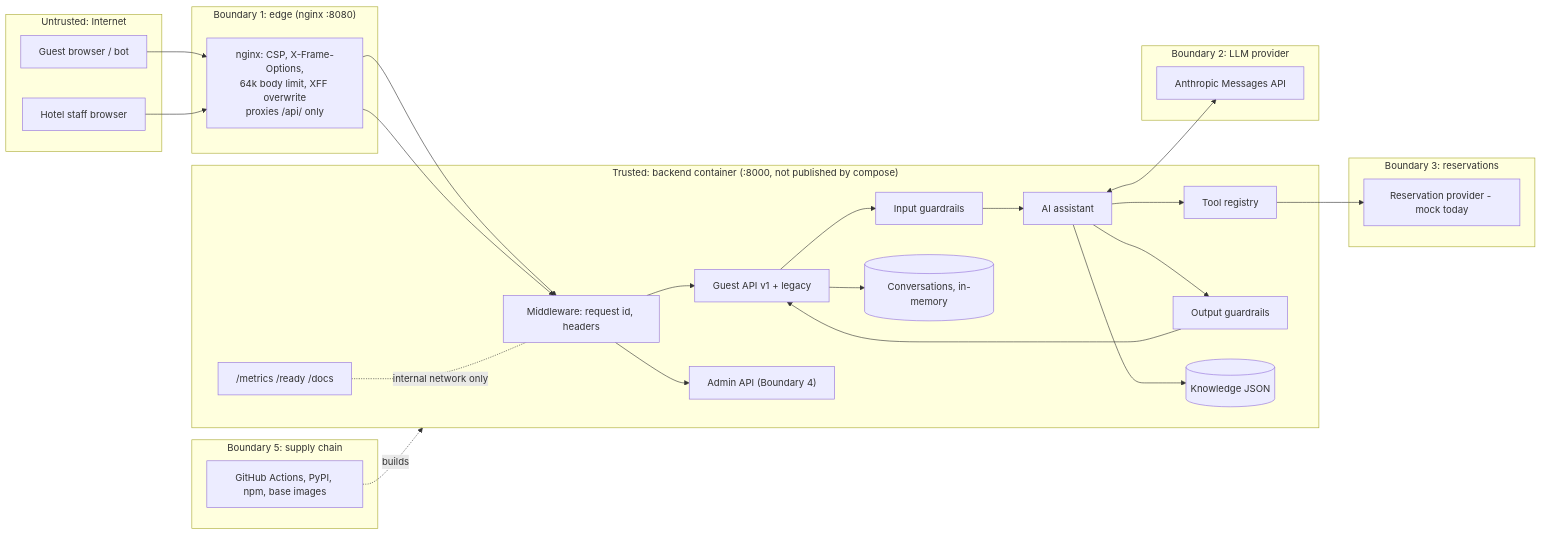
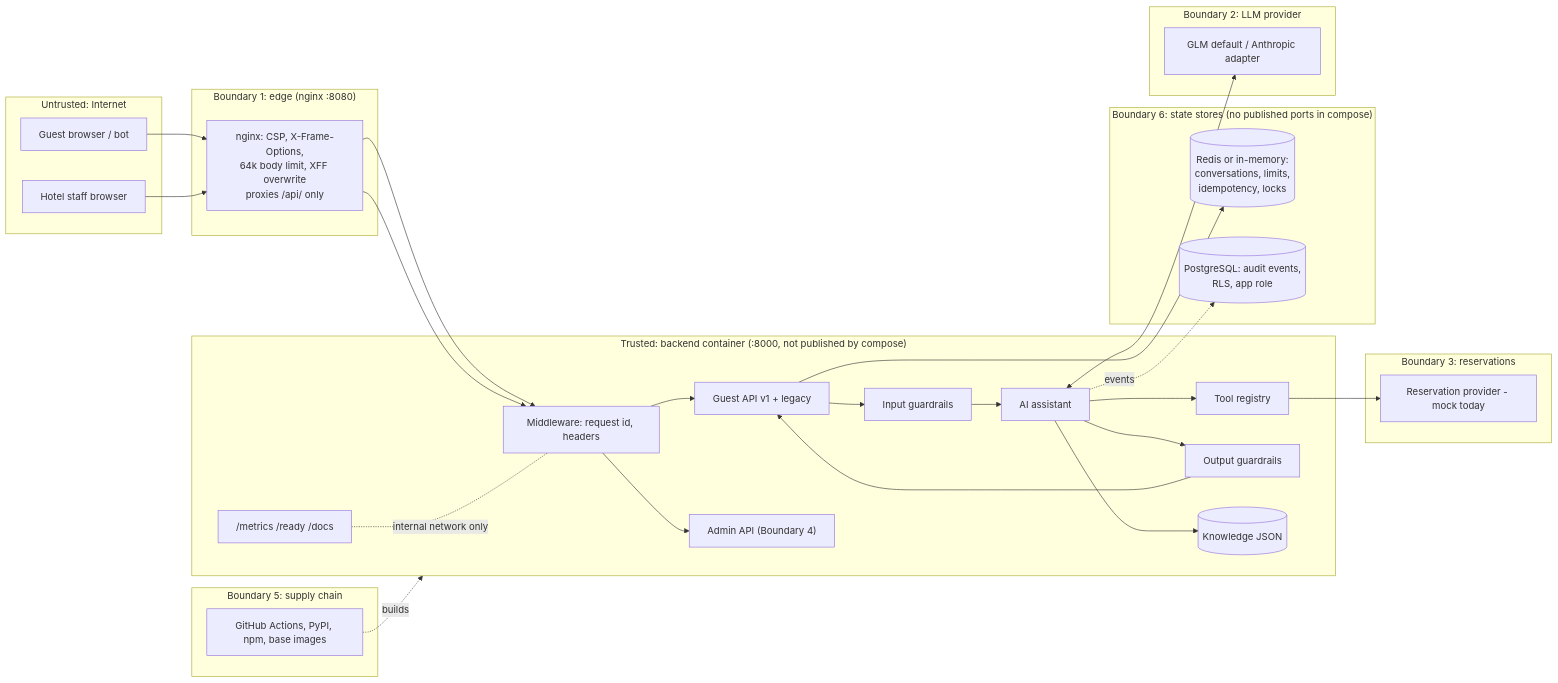
Before and after one commit to chandu0580/simplotel-agent: the diagram in docs/THREAT_MODEL.md, drawn with Mermaid. The commit also changed other lines of this file and 112 other files, not shown here.

````diff
--- a/docs/THREAT_MODEL.md
+++ b/docs/THREAT_MODEL.md
@@ -48,40 +54,44 @@
 ```mermaid
 flowchart LR
   subgraph Internet["Untrusted: Internet"]
     G[Guest browser / bot]
     A[Hotel staff browser]
   end
   subgraph Edge["Boundary 1: edge (nginx :8080)"]
     N["nginx: CSP, X-Frame-Options,<br/>64k body limit, XFF overwrite<br/>proxies /api/ only"]
   end
   subgraph Platform["Trusted: backend container (:8000, not published by compose)"]
     MW[Middleware: request id, headers]
     GA[Guest API v1 + legacy]
     AD["Admin API (Boundary 4)"]
     OPS["/metrics /ready /docs"]
     IG[Input guardrails]
     AG[AI assistant]
     TR[Tool registry]
     OG[Output guardrails]
     KB[(Knowledge JSON)]
-    CV[(Conversations, in-memory)]
+  end
+  subgraph STATE["Boundary 6: state stores (no published ports in compose)"]
+    CV[(Redis or in-memory:<br/>conversations, limits,<br/>idempotency, locks)]
+    PG[(PostgreSQL: audit events,<br/>RLS, app role)]
   end
   subgraph LLM["Boundary 2: LLM provider"]
-    AN[Anthropic Messages API]
+    AN[GLM default / Anthropic adapter]
   end
   subgraph RES["Boundary 3: reservations"]
     RP[Reservation provider - mock today]
   end
   subgraph SC["Boundary 5: supply chain"]
     CI[GitHub Actions, PyPI, npm, base images]
   end
   G --> N --> MW --> GA --> IG --> AG
   A --> N --> MW --> AD
   AG <--> AN
   AG --> TR --> RP
   AG --> OG --> GA
   GA --> CV
+  AG -. events .-> PG
   AG --> KB
   OPS -. internal network only .- MW
   CI -. builds .-> Platform
 ```
````
